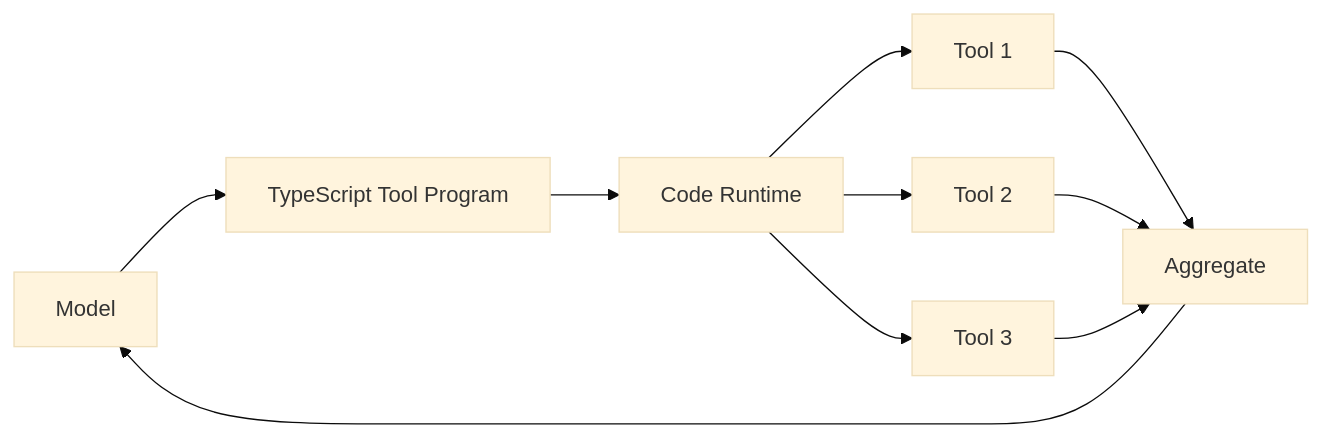
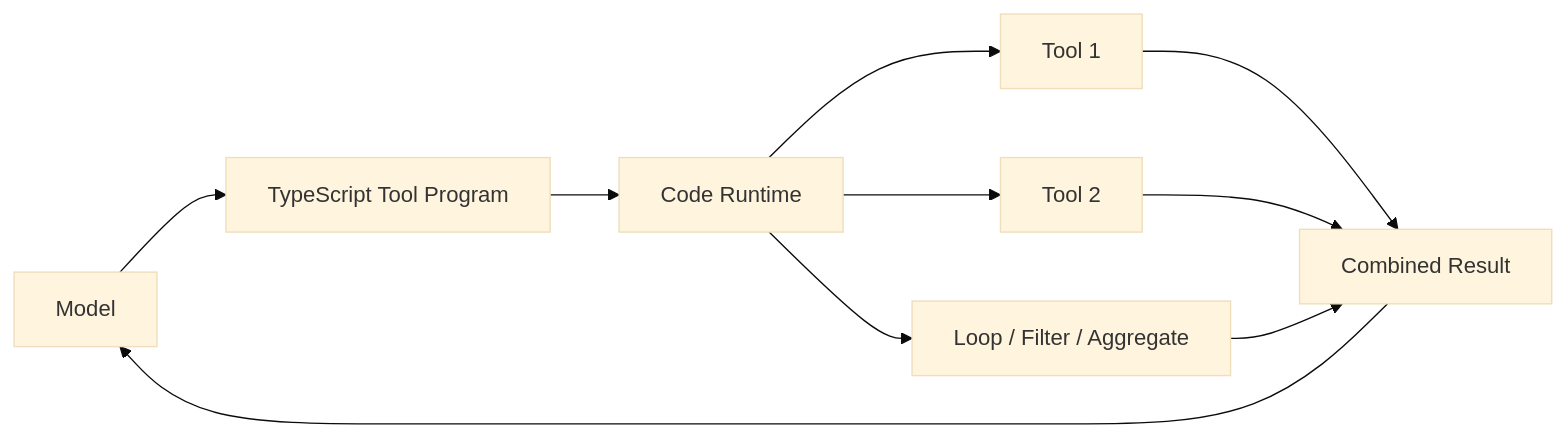
The seventh of 9 diagrams in docs/comparison/codex-vs-deepseek.md (indigofeather/harness-book), drawn with Mermaid (base theme) before and after one commit. The commit also changed other lines of this file and 13 other files, not shown here.

````diff
--- a/docs/comparison/codex-vs-deepseek.md
+++ b/docs/comparison/codex-vs-deepseek.md
@@ -222,12 +211,12 @@
 ```mermaid
 flowchart LR
   M[Model] --> TS[TypeScript Tool Program]
   TS --> CR[Code Runtime]
   CR --> T1[Tool 1]
   CR --> T2[Tool 2]
-  CR --> T3[Tool 3]
-  T1 --> O[Aggregate]
+  CR --> T3[Loop / Filter / Aggregate]
+  T1 --> O[Combined Result]
   T2 --> O
   T3 --> O
   O --> M
 ```
````
